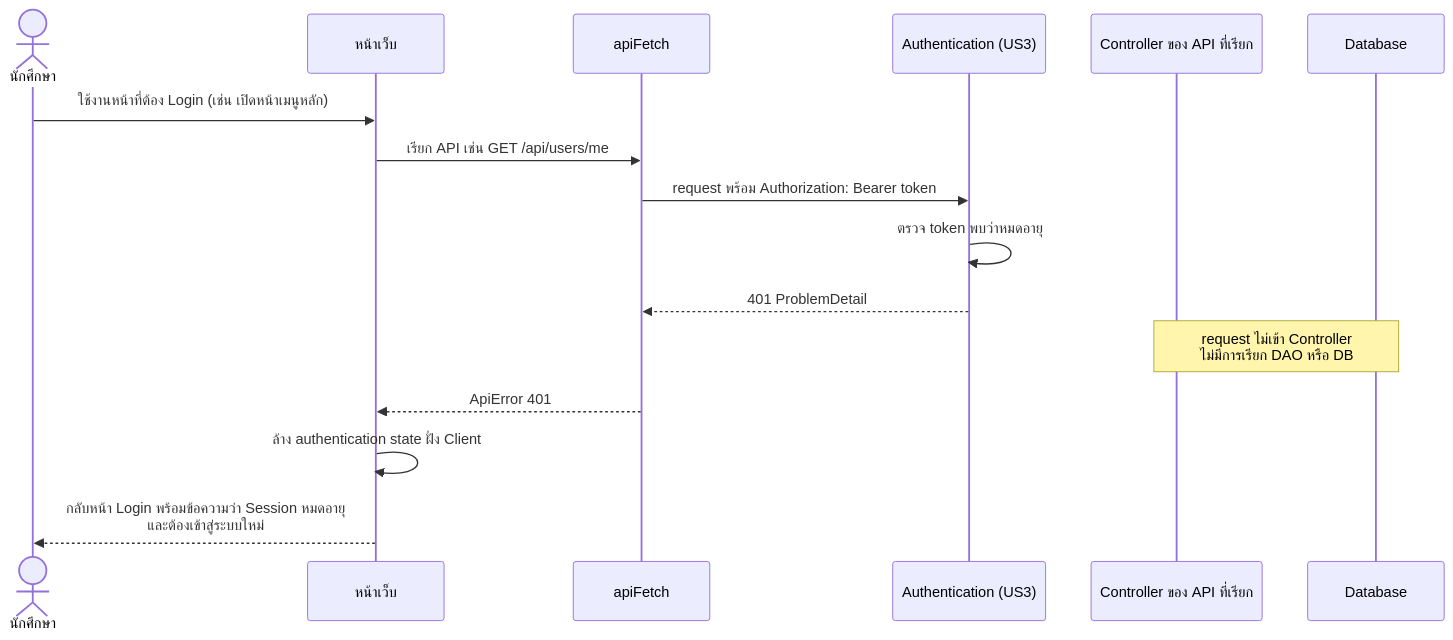
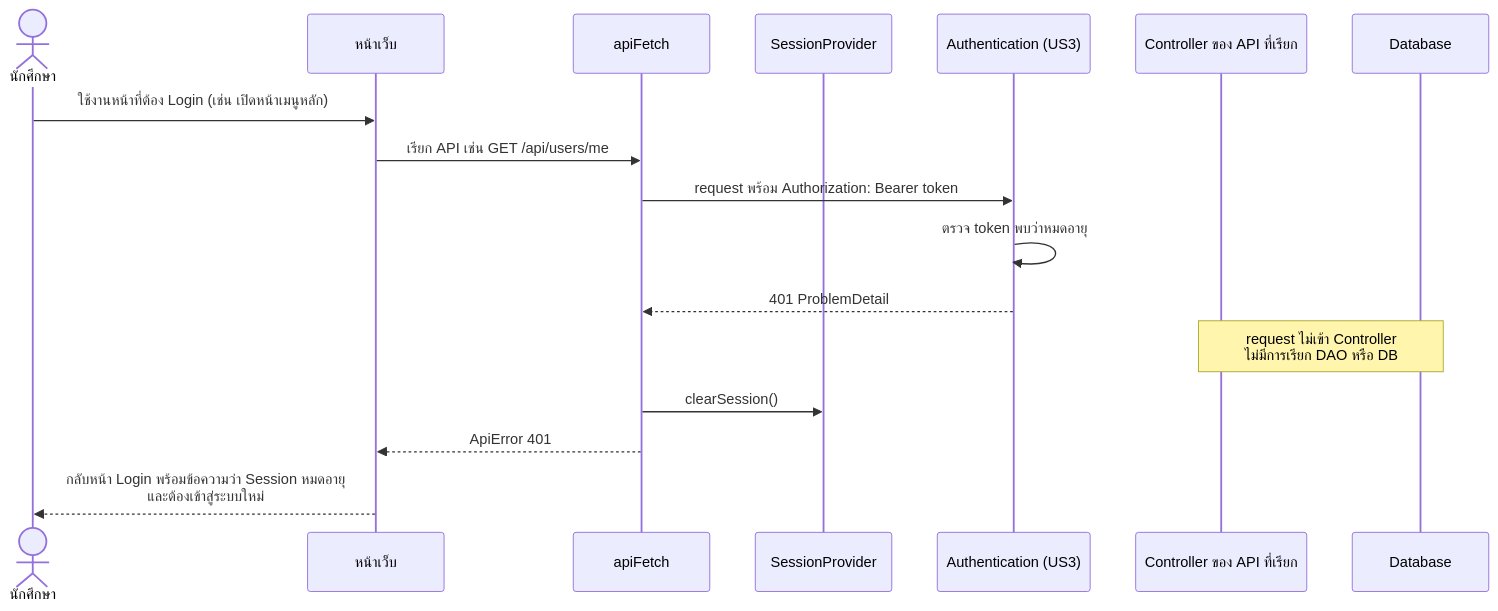
One commit to Non-Sin/CS261-G3-MockTimetableTU changed the second of 3 diagrams in .doc/US4/T06/US4-T06-Sequence-Diagram.md. Above: the diagram before and after it, drawn with Mermaid. The commit also changed other lines of this file, not shown here.

Commit message:
docs(US4-T06): clarify token expiry vs inactivity timeout flows in sequence diagram

````diff
--- a/.doc/US4/T06/US4-T06-Sequence-Diagram.md
+++ b/.doc/US4/T06/US4-T06-Sequence-Diagram.md
@@ -48,19 +56,20 @@
 ```mermaid
 sequenceDiagram
     actor User as นักศึกษา
     participant UI as หน้าเว็บ
     participant A as apiFetch
+    participant SP as SessionProvider
     participant SEC as Authentication (US3)
     participant C as Controller ของ API ที่เรียก
     participant DB as Database
 
     User->>UI: ใช้งานหน้าที่ต้อง Login (เช่น เปิดหน้าเมนูหลัก)
     UI->>A: เรียก API เช่น GET /api/users/me
     A->>SEC: request พร้อม Authorization: Bearer token
     SEC->>SEC: ตรวจ token พบว่าหมดอายุ
     SEC-->>A: 401 ProblemDetail
     Note over C,DB: request ไม่เข้า Controller<br/>ไม่มีการเรียก DAO หรือ DB
+    A->>SP: clearSession()
     A-->>UI: ApiError 401
-    UI->>UI: ล้าง authentication state ฝั่ง Client
     UI-->>User: กลับหน้า Login พร้อมข้อความว่า Session หมดอายุ<br/>และต้องเข้าสู่ระบบใหม่
 ```
````
